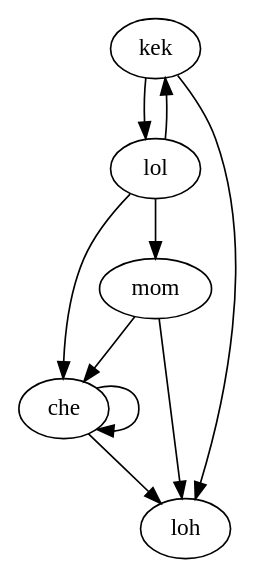
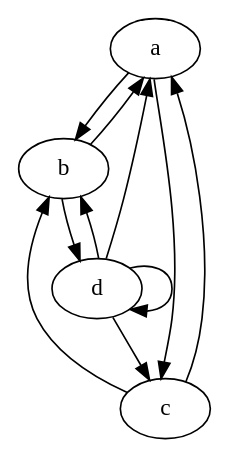
One commit to ShadrinYuri/FLITA_4dz changed the diagram in test.dot. Above: the diagram before and after it, drawn with Graphviz. The commit also changed 3 other files, not shown here.

```diff
--- a/test.dot
+++ b/test.dot
@@ -1,1 +1,1 @@
-digraph G {mom->che;mom->loh;lol->mom;lol->kek;lol->che;kek->lol;kek->loh;che->che;che->loh;}
+digraph G {a->b;a->c;b->a;b->d;c->a;c->b;d->a;d->b;d->c;d->d;}
```
